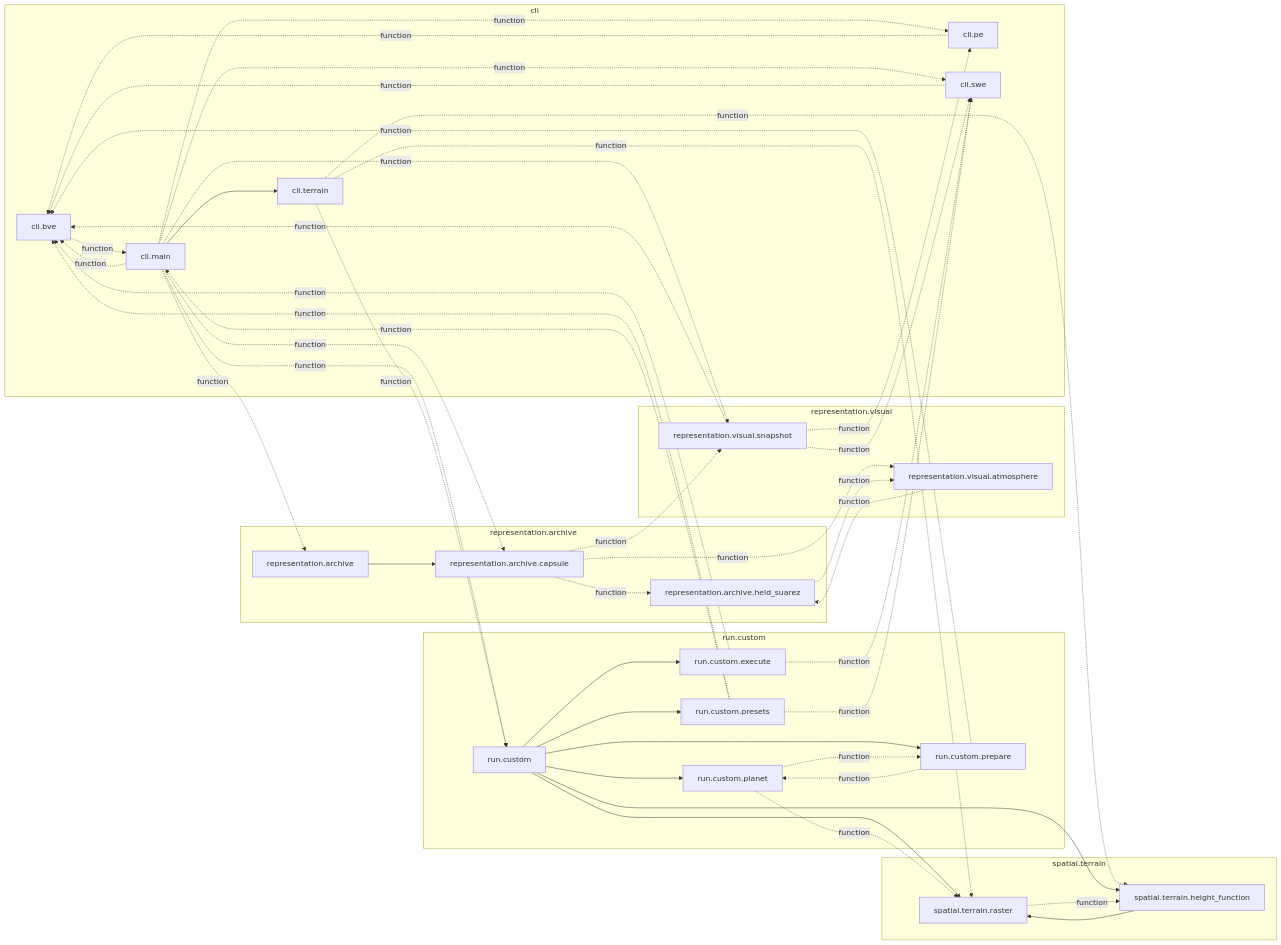
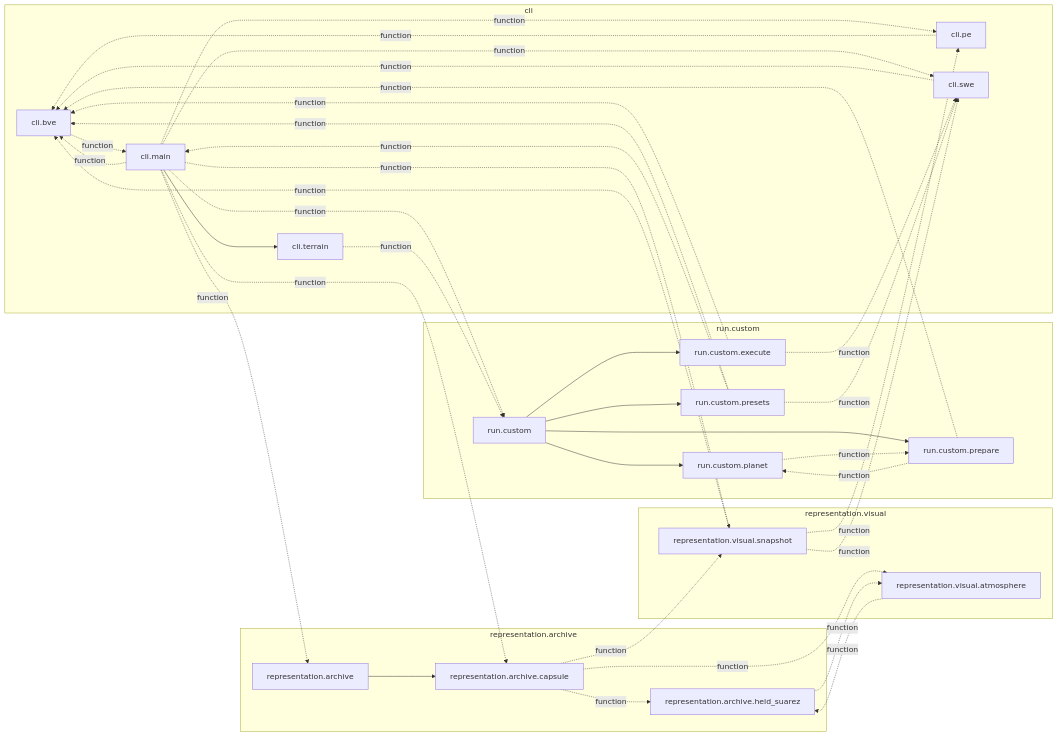
The diagram in docs/architecture/current/modules-cycles.mmd (AlexandreEros/Palintropos), drawn with Mermaid before and after one commit. The commit also changed 10 other files, not shown here.

Commit message:
docs(architecture): refresh the current snapshot (terrain import cycle removed)

```diff
--- a/docs/architecture/current/modules-cycles.mmd
+++ b/docs/architecture/current/modules-cycles.mmd
@@ -1,70 +1,59 @@
 %% Generated by tools.architecture 1.0.0. Do not edit by hand.
 %% Modules in nontrivial strongly connected components (import cycles), grouped by package. Dashed: edge made only of function-scope or TYPE_CHECKING imports.
 flowchart LR
     subgraph g_tropoi_ocli["cli"]
         n_tropoi_ocli_obve["cli.bve"]
         n_tropoi_ocli_omain["cli.main"]
         n_tropoi_ocli_ope["cli.pe"]
         n_tropoi_ocli_oswe["cli.swe"]
         n_tropoi_ocli_oterrain["cli.terrain"]
     end
     subgraph g_tropoi_orepresentation_oarchive["representation.archive"]
         n_tropoi_orepresentation_oarchive["representation.archive"]
         n_tropoi_orepresentation_oarchive_ocapsule["representation.archive.capsule"]
         n_tropoi_orepresentation_oarchive_oheld__suarez["representation.archive.held_suarez"]
     end
     subgraph g_tropoi_orepresentation_ovisual["representation.visual"]
         n_tropoi_orepresentation_ovisual_oatmosphere["representation.visual.atmosphere"]
         n_tropoi_orepresentation_ovisual_osnapshot["representation.visual.snapshot"]
     end
     subgraph g_tropoi_orun_ocustom["run.custom"]
         n_tropoi_orun_ocustom["run.custom"]
         n_tropoi_orun_ocustom_oexecute["run.custom.execute"]
         n_tropoi_orun_ocustom_oplanet["run.custom.planet"]
         n_tropoi_orun_ocustom_oprepare["run.custom.prepare"]
         n_tropoi_orun_ocustom_opresets["run.custom.presets"]
     end
-    subgraph g_tropoi_ospatial_oterrain["spatial.terrain"]
-        n_tropoi_ospatial_oterrain_oheight__function["spatial.terrain.height_function"]
-        n_tropoi_ospatial_oterrain_oraster["spatial.terrain.raster"]
-    end
     n_tropoi_ocli_obve -.->|function| n_tropoi_ocli_omain
     n_tropoi_ocli_omain -.->|function| n_tropoi_ocli_obve
     n_tropoi_ocli_omain -.->|function| n_tropoi_ocli_ope
     n_tropoi_ocli_omain -.->|function| n_tropoi_ocli_oswe
     n_tropoi_ocli_omain --> n_tropoi_ocli_oterrain
     n_tropoi_ocli_omain -.->|function| n_tropoi_orepresentation_oarchive
     n_tropoi_ocli_omain -.->|function| n_tropoi_orepresentation_oarchive_ocapsule
     n_tropoi_ocli_omain -.->|function| n_tropoi_orepresentation_ovisual_osnapshot
     n_tropoi_ocli_omain -.->|function| n_tropoi_orun_ocustom
     n_tropoi_ocli_ope -.->|function| n_tropoi_ocli_obve
     n_tropoi_ocli_oswe -.->|function| n_tropoi_ocli_obve
     n_tropoi_ocli_oterrain -.->|function| n_tropoi_orun_ocustom
-    n_tropoi_ocli_oterrain -.->|function| n_tropoi_ospatial_oterrain_oheight__function
-    n_tropoi_ocli_oterrain -.->|function| n_tropoi_ospatial_oterrain_oraster
     n_tropoi_orepresentation_oarchive --> n_tropoi_orepresentation_oarchive_ocapsule
     n_tropoi_orepresentation_oarchive_ocapsule -.->|function| n_tropoi_orepresentation_oarchive_oheld__suarez
     n_tropoi_orepresentation_oarchive_ocapsule -.->|function| n_tropoi_orepresentation_ovisual_oatmosphere
     n_tropoi_orepresentation_oarchive_ocapsule -.->|function| n_tropoi_orepresentation_ovisual_osnapshot
     n_tropoi_orepresentation_oarchive_oheld__suarez -.->|function| n_tropoi_orepresentation_ovisual_oatmosphere
     n_tropoi_orepresentation_ovisual_oatmosphere -.->|function| n_tropoi_orepresentation_oarchive_oheld__suarez
     n_tropoi_orepresentation_ovisual_osnapshot -.->|function| n_tropoi_ocli_obve
     n_tropoi_orepresentation_ovisual_osnapshot -.->|function| n_tropoi_ocli_ope
     n_tropoi_orepresentation_ovisual_osnapshot -.->|function| n_tropoi_ocli_oswe
     n_tropoi_orun_ocustom --> n_tropoi_orun_ocustom_oexecute
     n_tropoi_orun_ocustom --> n_tropoi_orun_ocustom_oplanet
     n_tropoi_orun_ocustom --> n_tropoi_orun_ocustom_oprepare
     n_tropoi_orun_ocustom --> n_tropoi_orun_ocustom_opresets
-    n_tropoi_orun_ocustom --> n_tropoi_ospatial_oterrain_oheight__function
-    n_tropoi_orun_ocustom --> n_tropoi_ospatial_oterrain_oraster
     n_tropoi_orun_ocustom_oexecute -.->|function| n_tropoi_ocli_obve
     n_tropoi_orun_ocustom_oexecute -.->|function| n_tropoi_ocli_oswe
     n_tropoi_orun_ocustom_oplanet -.->|function| n_tropoi_orun_ocustom_oprepare
-    n_tropoi_orun_ocustom_oplanet -.->|function| n_tropoi_ospatial_oterrain_oraster
     n_tropoi_orun_ocustom_oprepare -.->|function| n_tropoi_ocli_obve
     n_tropoi_orun_ocustom_oprepare -.->|function| n_tropoi_orun_ocustom_oplanet
     n_tropoi_orun_ocustom_opresets -.->|function| n_tropoi_ocli_obve
     n_tropoi_orun_ocustom_opresets -.->|function| n_tropoi_ocli_omain
     n_tropoi_orun_ocustom_opresets -.->|function| n_tropoi_ocli_oswe
-    n_tropoi_ospatial_oterrain_oheight__function --> n_tropoi_ospatial_oterrain_oraster
-    n_tropoi_ospatial_oterrain_oraster -.->|function| n_tropoi_ospatial_oterrain_oheight__function
```
